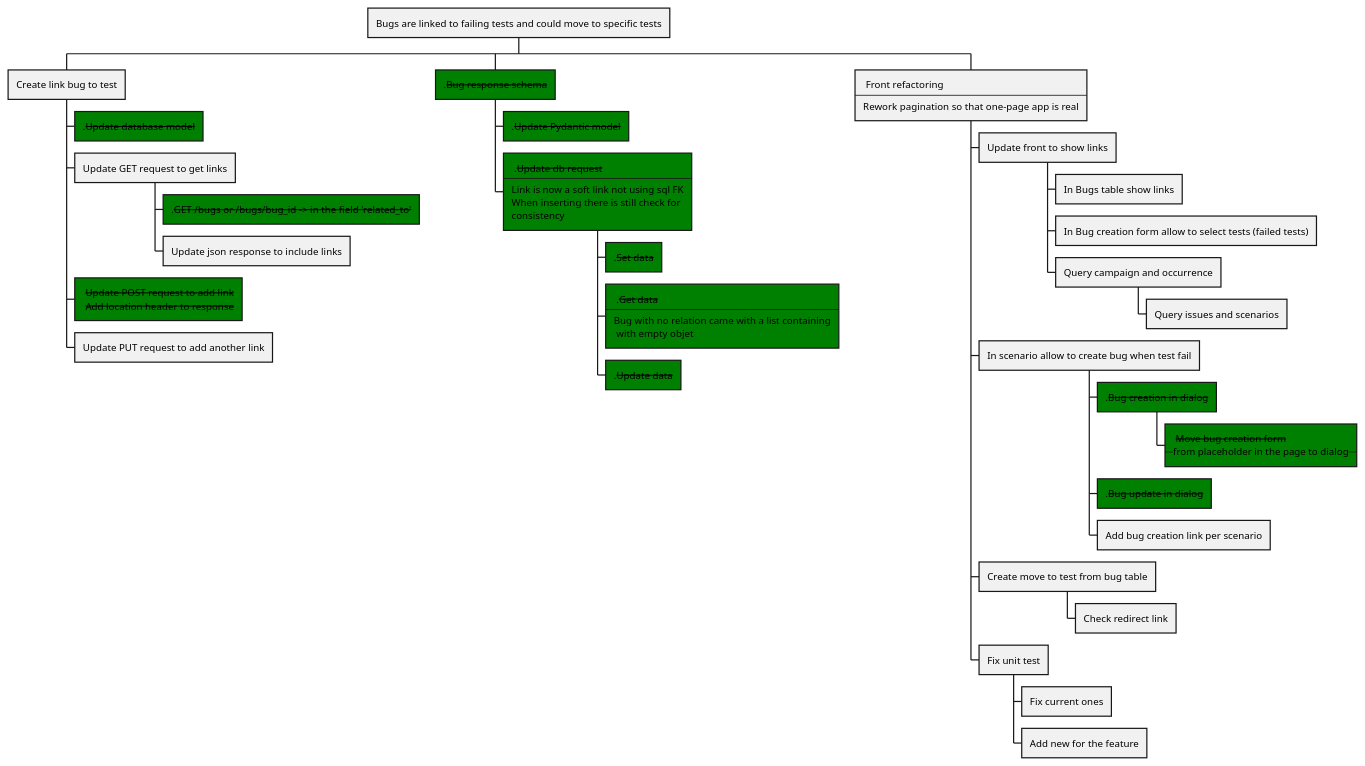
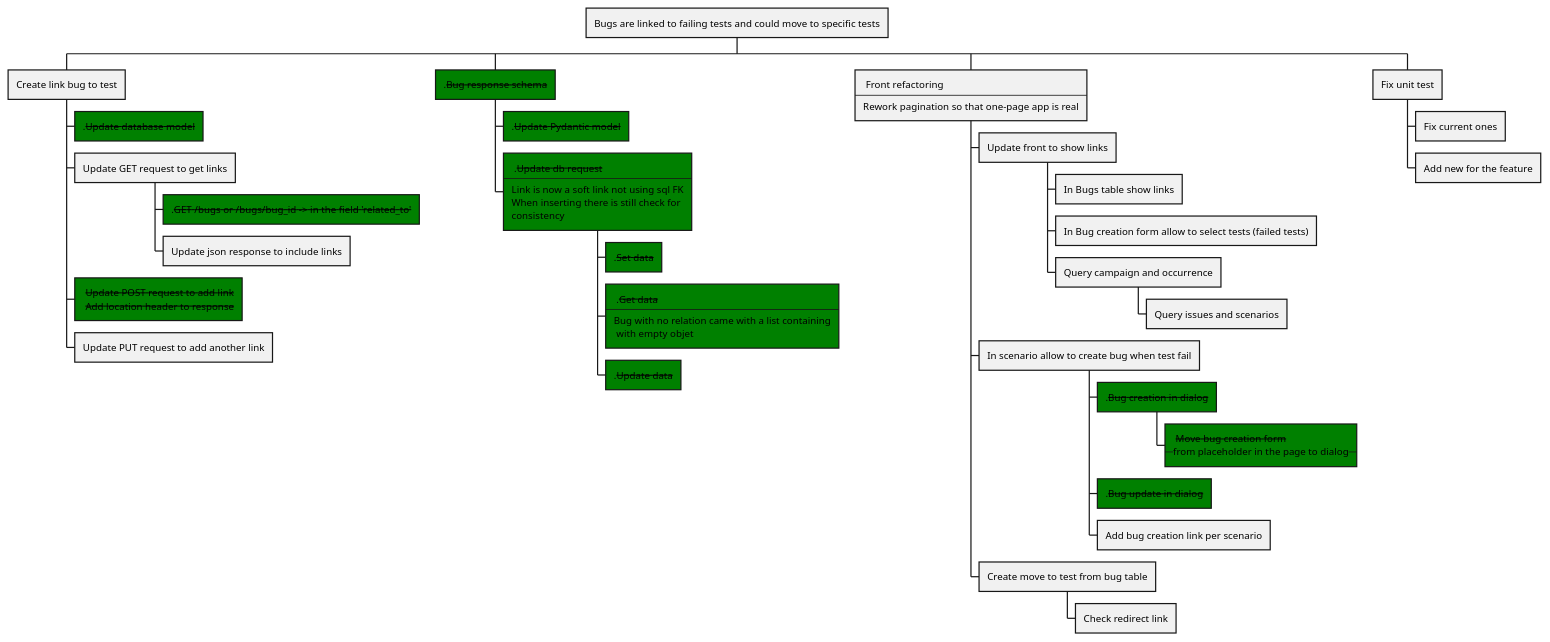
The diagram in documentation/worklog/bug_issue_link.puml (Hidden-goblin/eaidashboard), drawn with PlantUML before and after one commit. The commit also changed 14 other files, not shown here.

```diff
--- a/documentation/worklog/bug_issue_link.puml
+++ b/documentation/worklog/bug_issue_link.puml
@@ -1,47 +1,47 @@
 @startwbs
 'https://plantuml.com/wbs-diagram
 
 'https://github.com/Hidden-goblin/eaidashboard/issues/67
 
 * Bugs are linked to failing tests and could move to specific tests
 ** Create link bug to test
 ***[#green] .--Update database model--
 *** Update GET request to get links
 ****[#green] .--GET /bugs or /bugs/bug_id -> in the field 'related_to'--
 **** Update json response to include links
 ***[#green]: --Update POST request to add link--
  --Add location header to response--;
 *** Update PUT request to add another link
 **[#green] .--Bug response schema--
 ***[#green] .--Update Pydantic model--
 ***[#green]: .--Update db request--
 ----
 Link is now a soft link not using sql FK
 When inserting there is still check for
 consistency;
 ****[#green] .--Set data--
 ****[#green]: .--Get data--
 ----
 Bug with no relation came with a list containing
  with empty objet;
 ****[#green] .--Update data--
 **: Front refactoring
 ----
 Rework pagination so that one-page app is real;
 *** Update front to show links
 **** In Bugs table show links
 **** In Bug creation form allow to select tests (failed tests)
 **** Query campaign and occurrence
 ***** Query issues and scenarios
 *** In scenario allow to create bug when test fail
 ****[#green] .--Bug creation in dialog--
 *****[#green]: --Move bug creation form--
 --from placeholder in the page to dialog--;
 ****[#green] .--Bug update in dialog--
 **** Add bug creation link per scenario
 *** Create move to test from bug table
 **** Check redirect link
-*** Fix unit test
-**** Fix current ones
-**** Add new for the feature
+** Fix unit test
+*** Fix current ones
+*** Add new for the feature
 @endwbs
```
